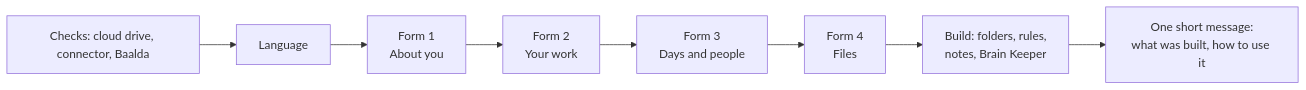
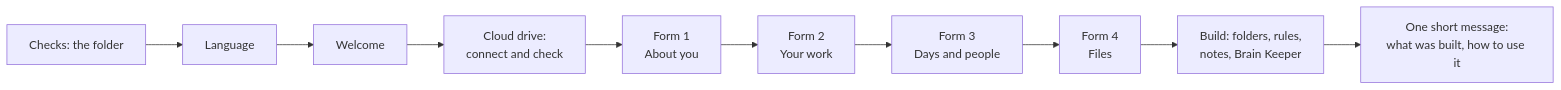
One commit to Phygital-Brain/phygital-brain changed the second of 2 diagrams in README.md. Above: the diagram before and after it, drawn with Mermaid. The commit also changed other lines of this file and 299 other files, not shown here.

Commit message:
Version 0.1.6: welcome screen, language window, cloud drive check with a test file, phone uses click questions

````diff
--- a/README.md
+++ b/README.md
@@ -192,7 +192,7 @@
 ```mermaid
 flowchart LR
-    C[Checks: cloud drive, connector, Baalda] --> L[Language]
-    L --> F1[Form 1<br>About you] --> F2[Form 2<br>Your work] --> F3[Form 3<br>Days and people] --> F4[Form 4<br>Files]
+    C[Checks: the folder] --> L[Language] --> W[Welcome]
+    W --> CD[Cloud drive:<br>connect and check] --> F1[Form 1<br>About you] --> F2[Form 2<br>Your work] --> F3[Form 3<br>Days and people] --> F4[Form 4<br>Files]
     F4 --> B[Build: folders, rules,<br>notes, Brain Keeper]
     B --> D[One short message:<br>what was built, how to use it]
 ```
````
